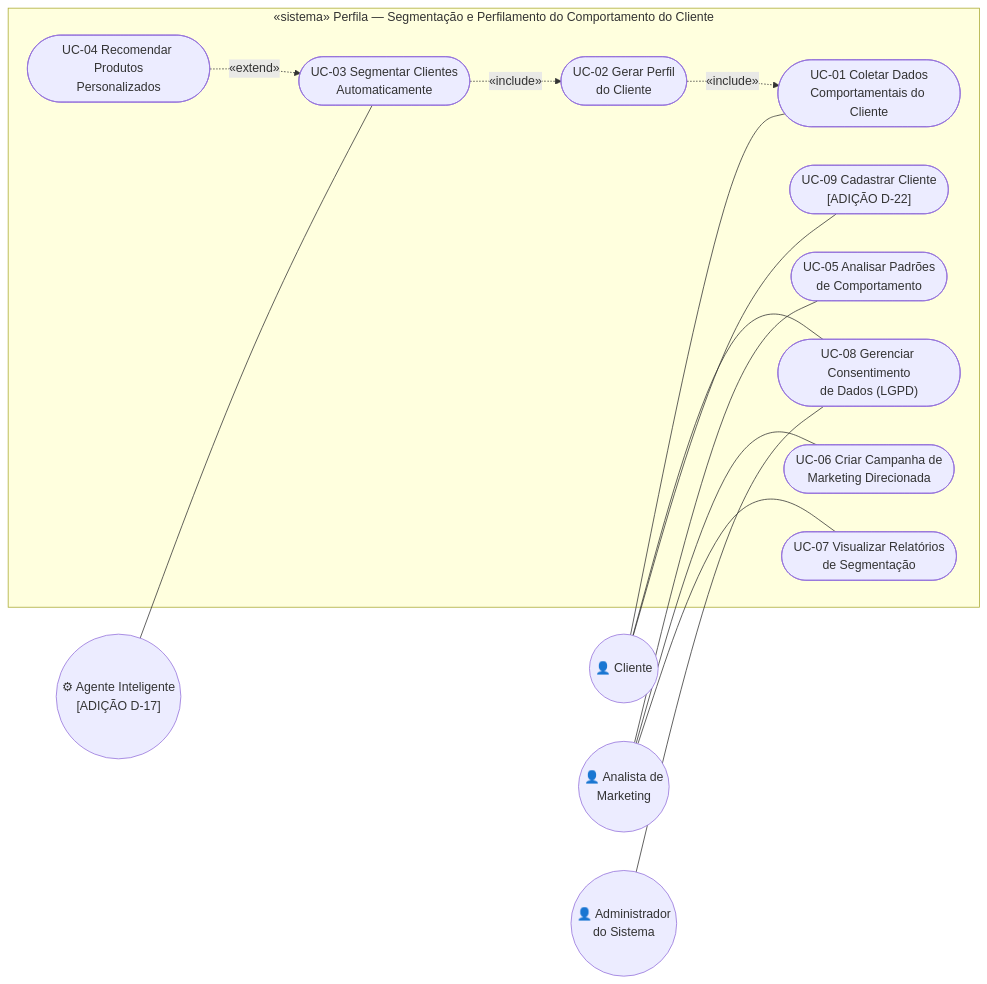
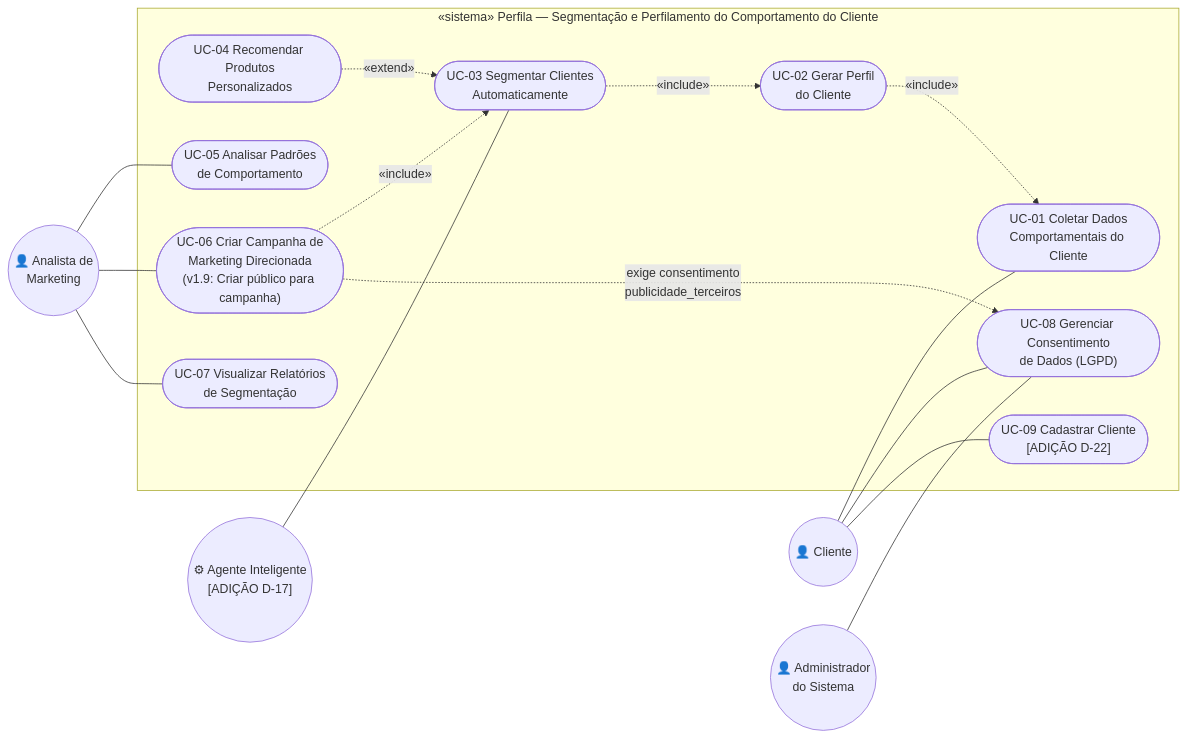
One commit to sthefanyblima/perfila changed the diagram in docs/uml/UML1_casos_de_uso.md. Above: the diagram before and after it, drawn with Mermaid. The commit also changed other lines of this file and 12 other files, not shown here.

Commit message:
T-69: Spec v1.9 do consentimento por finalidade e dos públicos para campanha, UML e publicos.feature (Q-48 a Q-54)

````diff
--- a/docs/uml/UML1_casos_de_uso.md
+++ b/docs/uml/UML1_casos_de_uso.md
@@ -10,32 +10,34 @@
 ```mermaid
 flowchart LR
   cliente(("👤 Cliente"))
   analista(("👤 Analista de<br/>Marketing"))
   admin(("👤 Administrador<br/>do Sistema"))
   agente(("⚙ Agente Inteligente<br/>[ADIÇÃO D-17]"))
 
   subgraph sistema["«sistema» Perfila — Segmentação e Perfilamento do Comportamento do Cliente"]
     UC01(["UC-01 Coletar Dados<br/>Comportamentais do Cliente"])
     UC02(["UC-02 Gerar Perfil<br/>do Cliente"])
     UC03(["UC-03 Segmentar Clientes<br/>Automaticamente"])
     UC04(["UC-04 Recomendar Produtos<br/>Personalizados"])
     UC05(["UC-05 Analisar Padrões<br/>de Comportamento"])
-    UC06(["UC-06 Criar Campanha de<br/>Marketing Direcionada"])
+    UC06(["UC-06 Criar Campanha de<br/>Marketing Direcionada<br/>(v1.9: Criar público para campanha)"])
     UC07(["UC-07 Visualizar Relatórios<br/>de Segmentação"])
     UC08(["UC-08 Gerenciar Consentimento<br/>de Dados (LGPD)"])
     UC09(["UC-09 Cadastrar Cliente<br/>[ADIÇÃO D-22]"])
   end
 
   cliente --- UC01
   cliente --- UC08
   cliente --- UC09
   admin --- UC08
   agente --- UC03
   analista --- UC05
   analista --- UC06
   analista --- UC07
 
   UC02 -. "«include»" .-> UC01
   UC03 -. "«include»" .-> UC02
   UC04 -. "«extend»" .-> UC03
+  UC06 -. "«include»" .-> UC03
+  UC06 -. "exige consentimento<br/>publicidade_terceiros" .-> UC08
 ```
````
